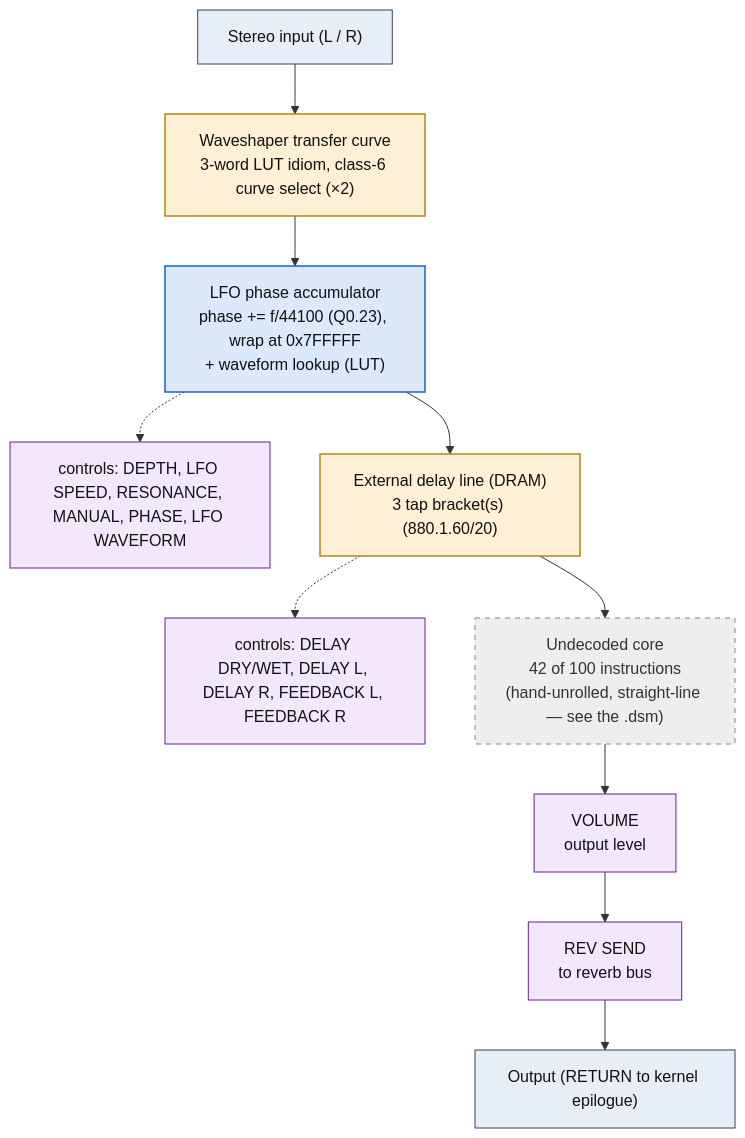
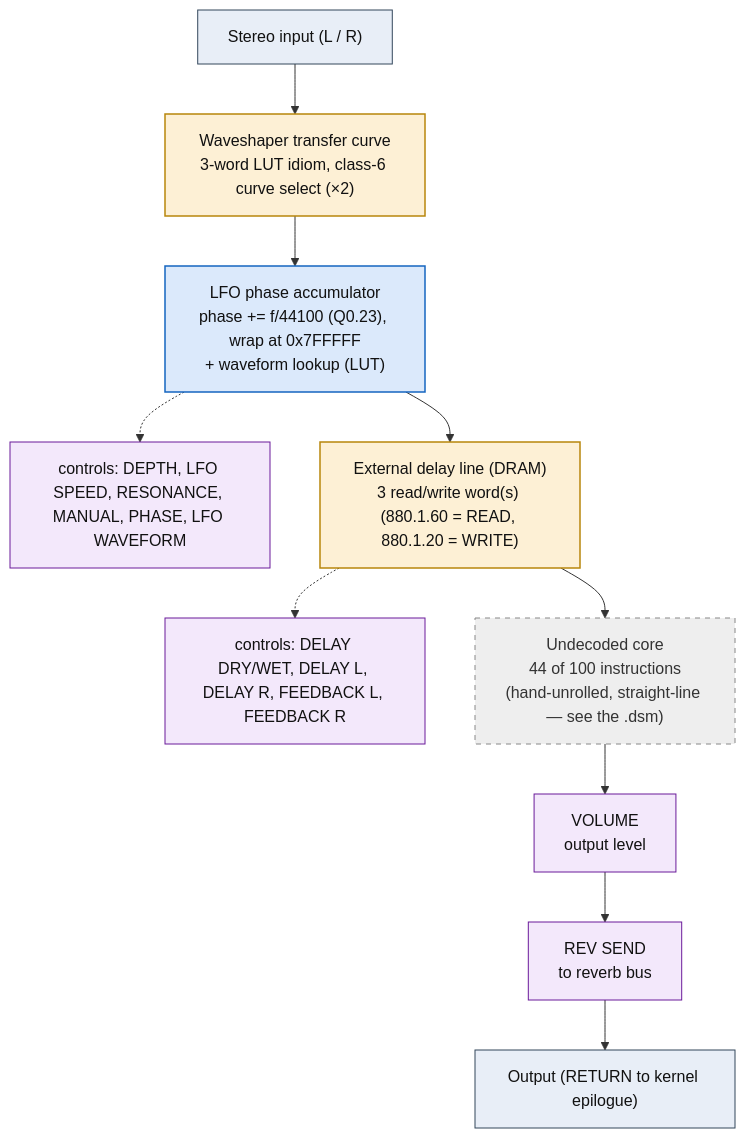
One commit to ArqueologiaDigital/kn5000-roms-disasm changed the diagram in dsp/flowcharts/prog66_s_delay_flanger.md. Above: the diagram before and after it, drawn with Mermaid. The commit also changed other lines of this file and 86 other files, not shown here.

````diff
--- a/dsp/flowcharts/prog66_s_delay_flanger.md
+++ b/dsp/flowcharts/prog66_s_delay_flanger.md
@@ -12,34 +12,34 @@
 ```mermaid
 flowchart TD
     N0["Stereo input (L / R)"]
     N1["Waveshaper transfer curve<br/>3-word LUT idiom, class-6 curve select (&times;2)"]
     N0 --> N1
     N2["LFO phase accumulator<br/>phase += f/44100 (Q0.23), wrap at 0x7FFFFF<br/>+ waveform lookup (LUT)"]
     N1 --> N2
     N3["controls: DEPTH, LFO SPEED, RESONANCE, MANUAL, PHASE, LFO WAVEFORM"]
     N2 -.-> N3
-    N4["External delay line (DRAM)<br/>3 tap bracket(s) (880.1.60/20)"]
+    N4["External delay line (DRAM)<br/>3 read/write word(s) (880.1.60 = READ, 880.1.20 = WRITE)"]
     N2 --> N4
     N5["controls: DELAY DRY/WET, DELAY L, DELAY R, FEEDBACK L, FEEDBACK R"]
     N4 -.-> N5
-    N6["Undecoded core<br/>42 of 100 instructions<br/>(hand-unrolled, straight-line &mdash; see the .dsm)"]
+    N6["Undecoded core<br/>44 of 100 instructions<br/>(hand-unrolled, straight-line &mdash; see the .dsm)"]
     N4 --> N6
     N7["VOLUME<br/>output level"]
     N6 --> N7
     N8["REV SEND<br/>to reverb bus"]
     N7 --> N8
     N9["Output (RETURN to kernel epilogue)"]
     N8 --> N9
 
     classDef io fill:#e8eef7,stroke:#33475b,stroke-width:1px,color:#111;
     classDef proven fill:#d7f0d7,stroke:#2e7d32,stroke-width:2px,color:#111;
     classDef measured fill:#dbe9fb,stroke:#1565c0,stroke-width:1.5px,color:#111;
     classDef inferred fill:#fdf0d5,stroke:#b8860b,stroke-width:1.5px,color:#111;
     classDef open fill:#eeeeee,stroke:#888,stroke-width:1px,color:#333,stroke-dasharray:5 5;
     classDef ctrl fill:#f3e8fb,stroke:#6a1b9a,stroke-width:1px,color:#111;
     class N0,N9 io;
     class N1,N4 inferred;
     class N2 measured;
     class N3,N5,N7,N8 ctrl;
     class N6 open;
 ```
````
